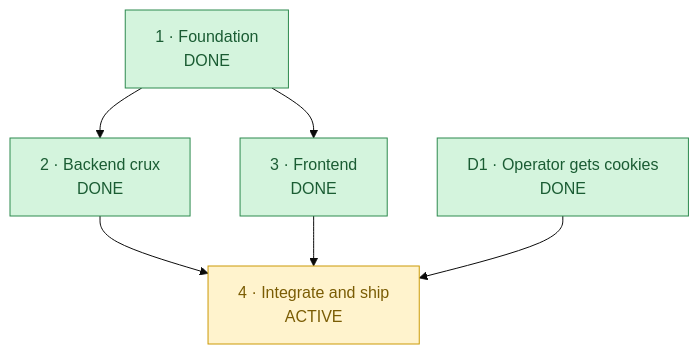
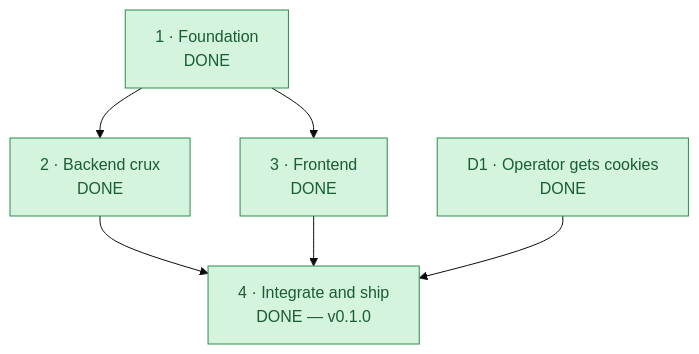
One commit to lumduan/gallery-dl-web changed the diagram in ROADMAP.md. Above: the diagram before and after it, drawn with Mermaid (base theme). The commit also changed other lines of this file, not shown here.

First line of the commit message:
docs(roadmap): close phase 4 — v0.1.0 released

````diff
--- a/ROADMAP.md
+++ b/ROADMAP.md
@@ -8,18 +8,18 @@
 ```mermaid
 flowchart TD
     P1["1 · Foundation<br/>DONE"] --> P2["2 · Backend crux<br/>DONE"]
     P1 --> P3["3 · Frontend<br/>DONE"]
-    P2 --> P4["4 · Integrate and ship<br/>ACTIVE"]
+    P2 --> P4["4 · Integrate and ship<br/>DONE — v0.1.0"]
     P3 --> P4
     D1["D1 · Operator gets cookies<br/>DONE"] --> P4
 
     classDef done     fill:#d4f4dd,stroke:#2d8a4e,color:#1a5c33
     classDef active   fill:#fff3cd,stroke:#cc9a06,color:#7a5c04
     classDef decision fill:#fde0e0,stroke:#d05555,color:#8f2e2e
 
     class P1 done
     class P2 done
     class P3 done
-    class P4 active
+    class P4 done
     class D1 done
 ```
````
